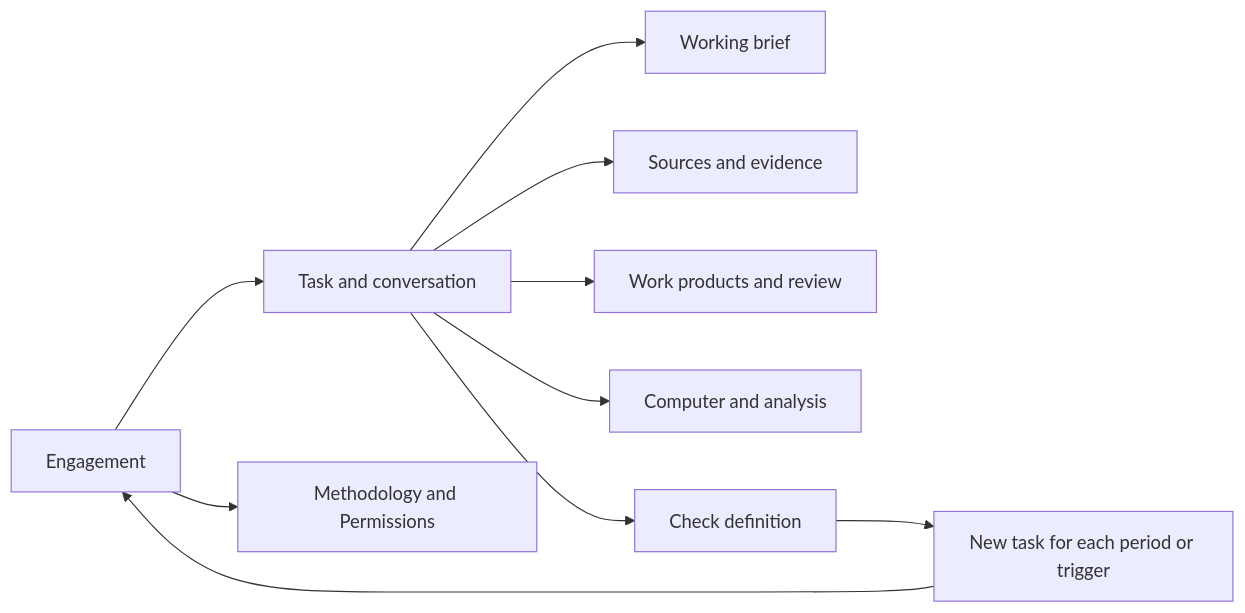
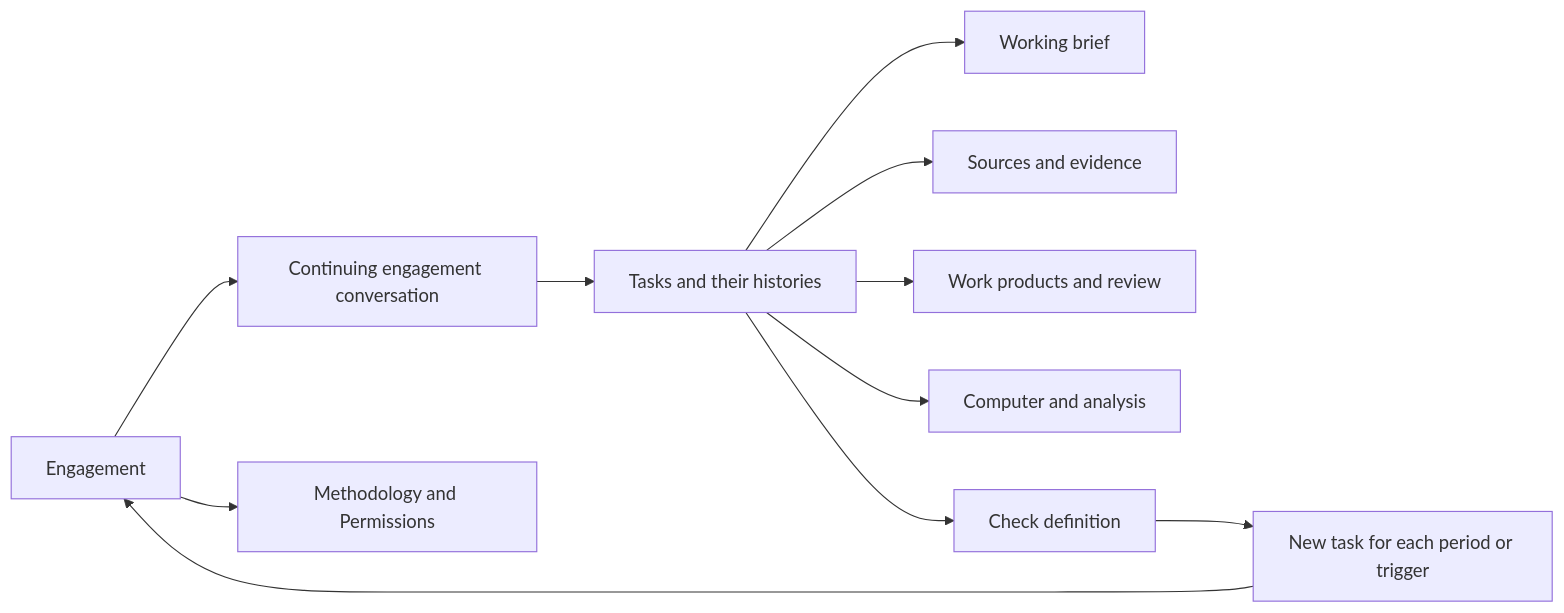
The diagram in _bmad-output/planning-artifacts/zobba-product-architecture-2026-09-30/diagrams/01.mmd (raeltec-systems/intellifin-audit), drawn with Mermaid before and after one commit. The commit also changed 36 other files, not shown here.

```diff
--- a/_bmad-output/planning-artifacts/zobba-product-architecture-2026-09-30/diagrams/01.mmd
+++ b/_bmad-output/planning-artifacts/zobba-product-architecture-2026-09-30/diagrams/01.mmd
@@ -1,10 +1,11 @@
 flowchart LR
-  E[Engagement] --> T[Task and conversation]
+  E[Engagement] --> V[Continuing engagement conversation]
+  V --> T[Tasks and their histories]
   E --> M[Methodology and Permissions]
   T --> B[Working brief]
   T --> S[Sources and evidence]
   T --> W[Work products and review]
   T --> C[Computer and analysis]
   T --> Q[Check definition]
   Q --> P[New task for each period or trigger]
   P --> E
```
